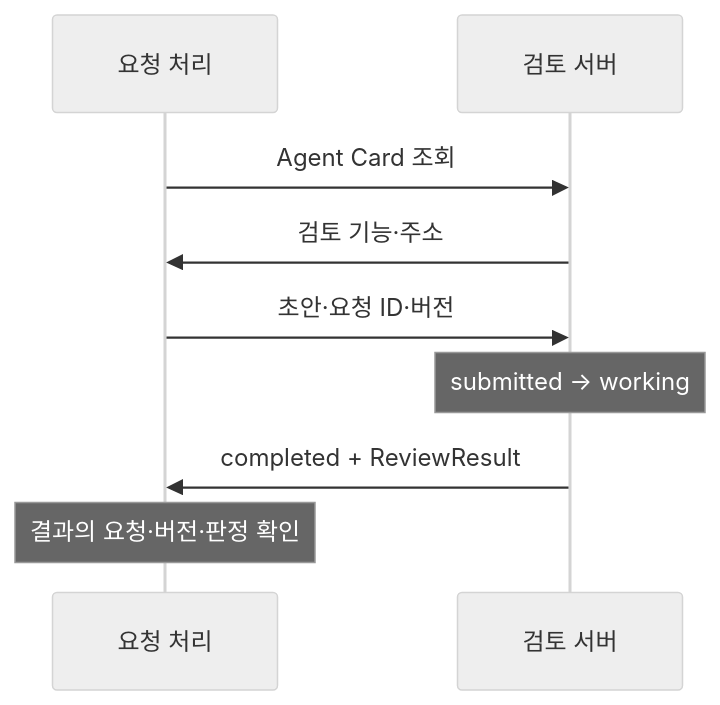
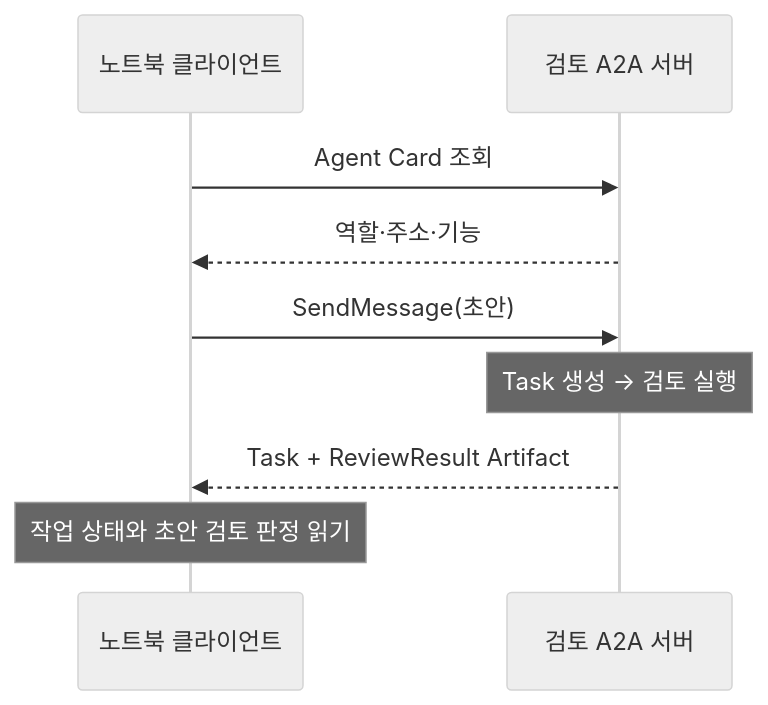
Before and after one commit to Yo-sure/deepagents-handson: the second of 3 diagrams in books/workshop/a2a.md, drawn with Mermaid (neutral theme). The commit also changed other lines of this file and 4 other files, not shown here.

````diff
--- a/books/workshop/a2a.md
+++ b/books/workshop/a2a.md
@@ -92,11 +100,11 @@
 ```mermaid
 sequenceDiagram
- participant A as 요청 처리
- participant B as 검토 서버
- A->>B: Agent Card 조회
- B->>A: 검토 기능·주소
- A->>B: 초안·요청 ID·버전
- Note over B: submitted → working
- B->>A: completed + ReviewResult
- Note over A: 결과의 요청·버전·판정 확인
+    participant C as 노트북 클라이언트
+    participant S as 검토 A2A 서버
+    C->>S: Agent Card 조회
+    S-->>C: 역할·주소·기능
+    C->>S: SendMessage(초안)
+    Note over S: Task 생성 → 검토 실행
+    S-->>C: Task + ReviewResult Artifact
+    Note over C: 작업 상태와 초안 검토 판정 읽기
 ```
````
